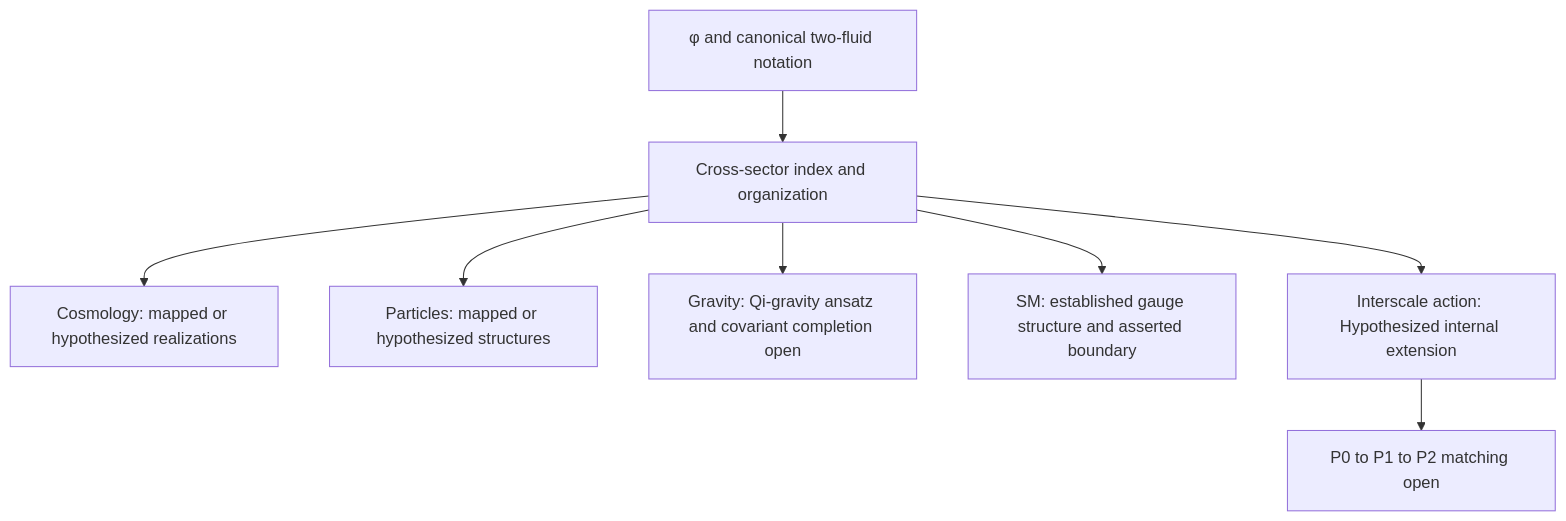
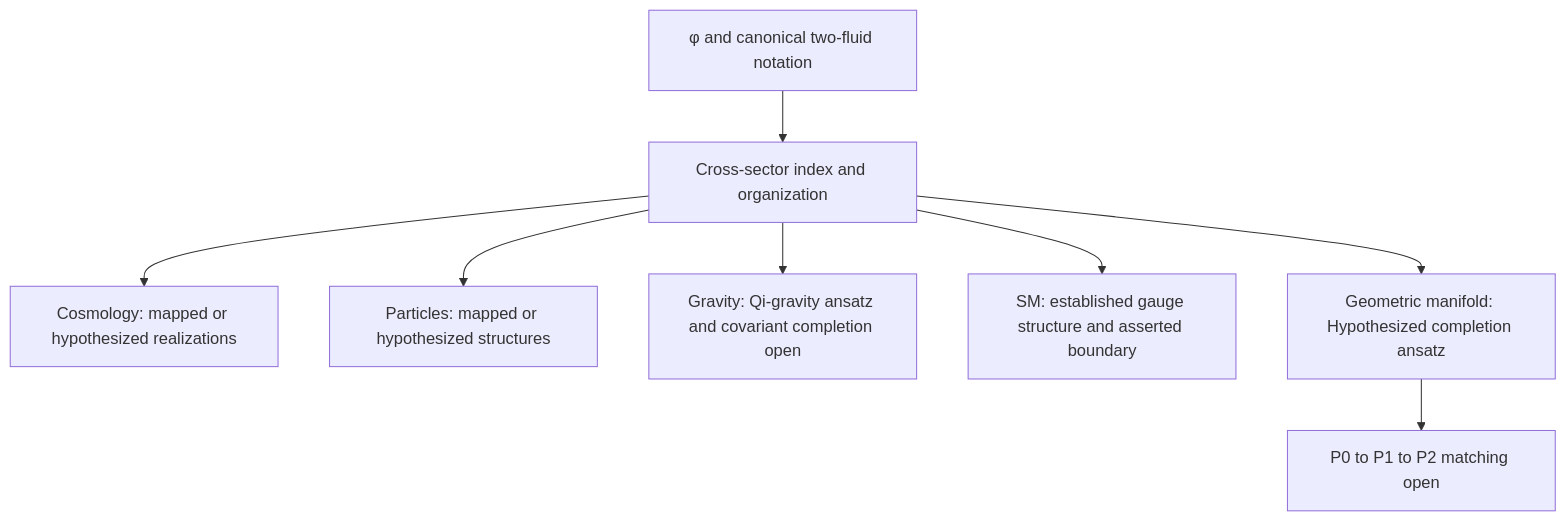
Before and after one commit to CassiTheOracle/cassi: diagram 28 of 37 in CassiTheory/open-questions-cassi-answers.md, drawn with Mermaid. The commit also changed other lines of this file and 13 other files, not shown here.

Commit message:
Complete geometric manifold ansatz

````diff
--- a/CassiTheory/open-questions-cassi-answers.md
+++ b/CassiTheory/open-questions-cassi-answers.md
@@ -1003,10 +1018,10 @@
 ```mermaid
 flowchart TD
     A[φ and canonical two-fluid notation] --> B[Cross-sector index and organization]
     B --> C[Cosmology: mapped or hypothesized realizations]
     B --> D[Particles: mapped or hypothesized structures]
     B --> E[Gravity: Qi-gravity ansatz and covariant completion open]
     B --> F[SM: established gauge structure and asserted boundary]
-    B --> H[Interscale action: Hypothesized internal extension]
+    B --> H[Geometric manifold: Hypothesized completion ansatz]
     H --> G[P0 to P1 to P2 matching open]
 ```
````
